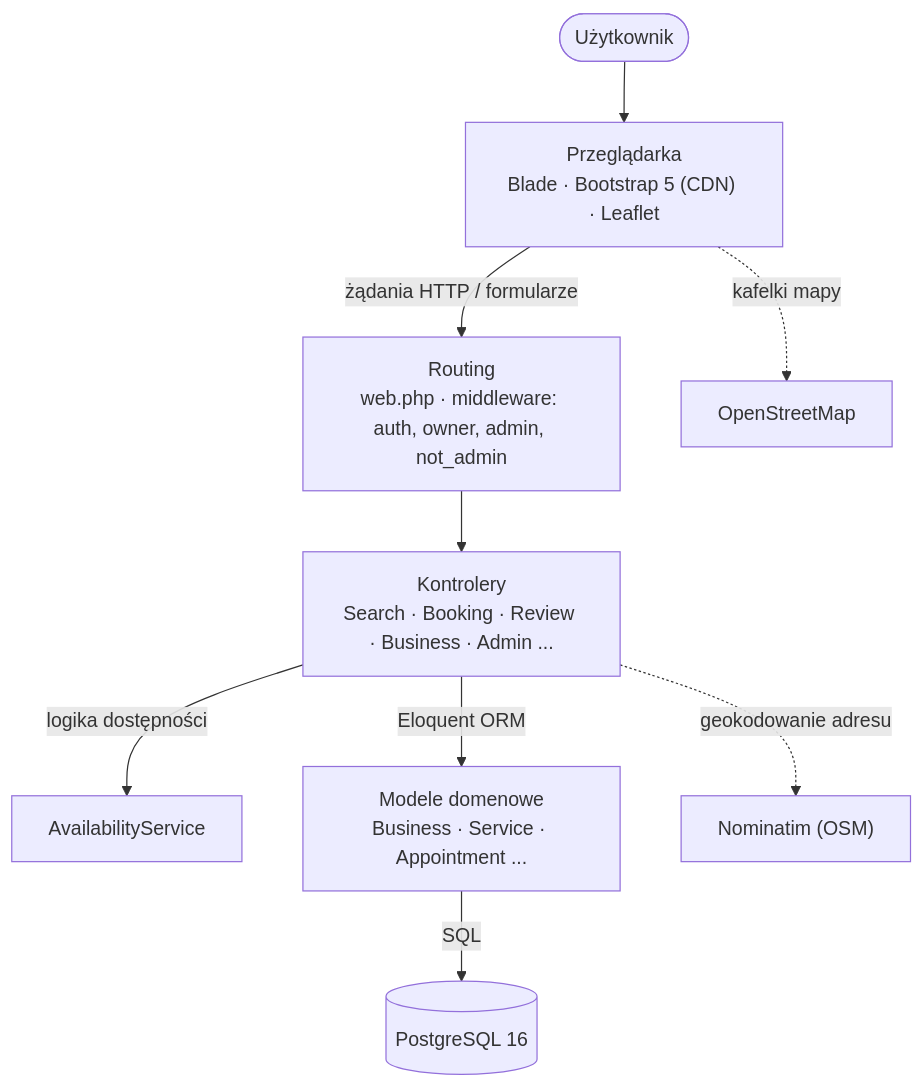
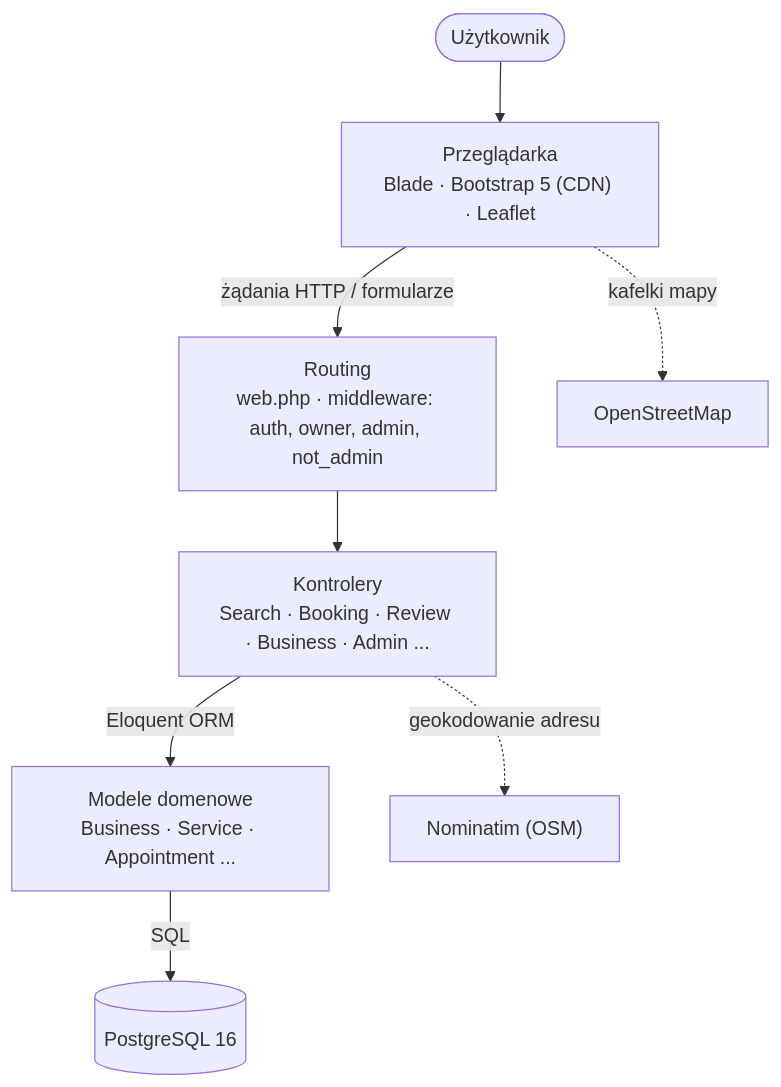
One commit to radekxpl53/bookme changed the diagram in README.md. Above: the diagram before and after it, drawn with Mermaid.

````diff
--- a/README.md
+++ b/README.md
@@ -82,11 +82,10 @@
 ```mermaid
 graph TD
     U([Użytkownik]) --> B["Przeglądarka<br/>Blade · Bootstrap 5 (CDN) · Leaflet"]
     B -->|"żądania HTTP / formularze"| R["Routing<br/>web.php · middleware: auth, owner, admin, not_admin"]
     R --> C["Kontrolery<br/>Search · Booking · Review · Business · Admin ..."]
-    C -->|"logika dostępności"| S["AvailabilityService"]
     C -->|"Eloquent ORM"| M["Modele domenowe<br/>Business · Service · Appointment ..."]
     M -->|"SQL"| DB[("PostgreSQL 16")]
     C -.->|"geokodowanie adresu"| NOM["Nominatim (OSM)"]
     B -.->|"kafelki mapy"| OSM["OpenStreetMap"]
 ```
````
